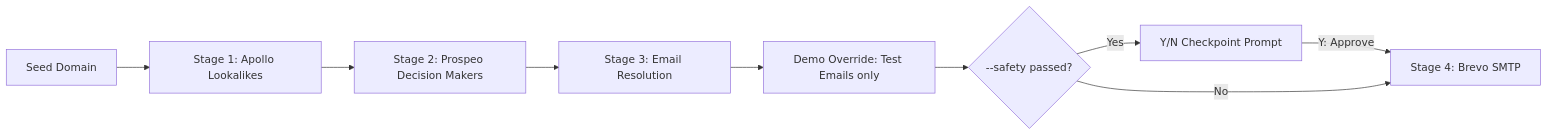
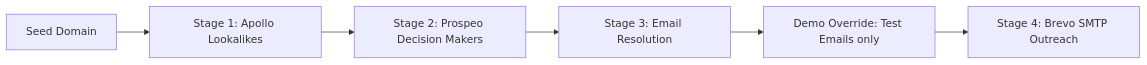
The second of 4 diagrams in README.md (F16Samuel/AJ-Outbound), drawn with Mermaid before and after one commit. The commit also changed other lines of this file, not shown here.

Commit message:
docs(readme): update Scenario B to demo-only and add Scenario D for mail-only demo

````diff
--- a/README.md
+++ b/README.md
@@ -30,10 +30,8 @@
 ```mermaid
 graph LR
     Input[Seed Domain] --> Stage1[Stage 1: Apollo Lookalikes]
     Stage1 --> Stage2[Stage 2: Prospeo Decision Makers]
     Stage2 --> Stage3[Stage 3: Email Resolution]
     Stage3 --> DemoOverride[Demo Override: Test Emails only]
-    DemoOverride --> SafetyCheck{--safety passed?}
-    SafetyCheck -->|Yes| Checkpoint[Y/N Checkpoint Prompt] -->|Y: Approve| Stage4[Stage 4: Brevo SMTP]
-    SafetyCheck -->|No| Stage4[Stage 4: Brevo SMTP]
+    DemoOverride --> Stage4[Stage 4: Brevo SMTP Outreach]
 ```
````
